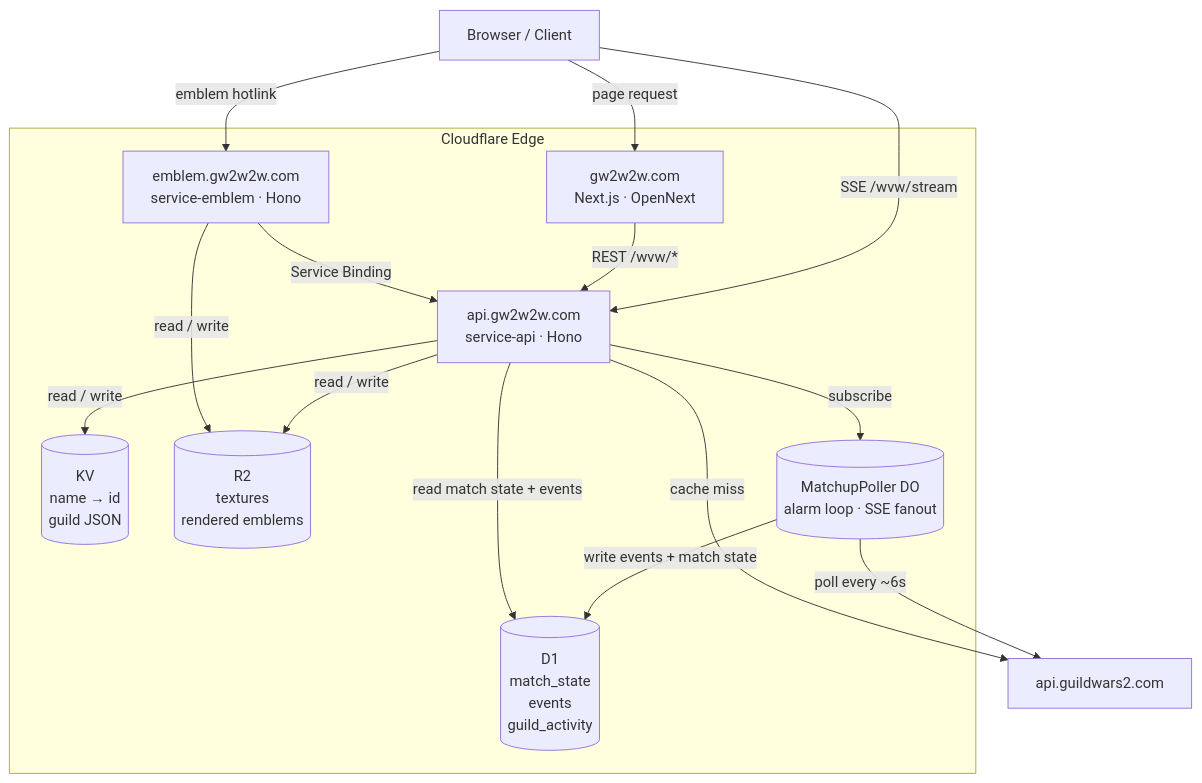
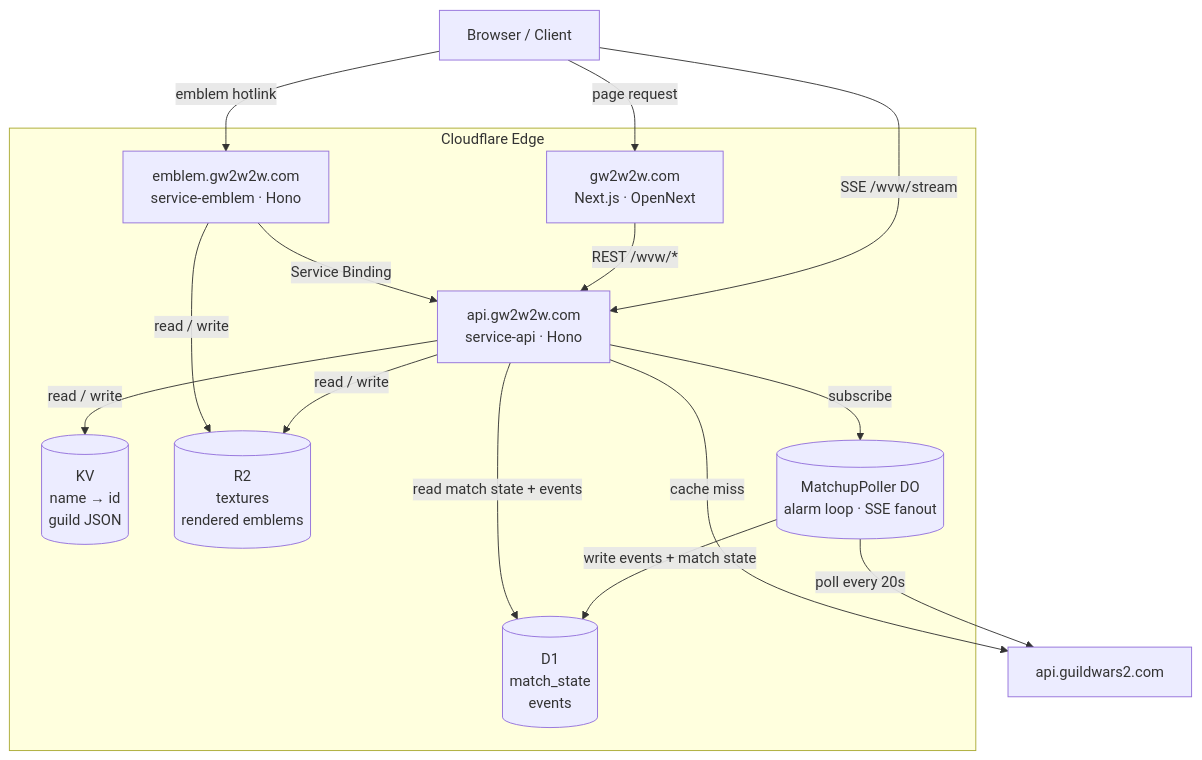
Before and after one commit to fooey/gw2w2w-cloudflare: the diagram in README.md, drawn with Mermaid. The commit also changed other lines of this file, not shown here.

````diff
--- a/README.md
+++ b/README.md
@@ -18,30 +17,30 @@
 ```mermaid
 graph TD
     User["Browser / Client"]
 
     subgraph CF["Cloudflare Edge"]
         GW2W2W["gw2w2w.com<br/>Next.js · OpenNext"]
         Emblem["emblem.gw2w2w.com<br/>service-emblem · Hono"]
         API["api.gw2w2w.com<br/>service-api · Hono"]
-        D1[("D1<br/>match_state<br/>events<br/>guild_activity")]
+        D1[("D1<br/>match_state<br/>events")]
         KV[("KV<br/>name → id<br/>guild JSON")]
         R2[("R2<br/>textures<br/>rendered emblems")]
         DO[("MatchupPoller DO<br/>alarm loop · SSE fanout")]
     end
 
     GW2API["api.guildwars2.com"]
 
     User -->|page request| GW2W2W
     User -->|emblem hotlink| Emblem
     User -->|SSE /wvw/stream| API
     GW2W2W -->|REST /wvw/*| API
     Emblem -->|Service Binding| API
     API -->|subscribe| DO
-    DO -->|poll every ~6s| GW2API
+    DO -->|poll every 20s| GW2API
     DO -->|write events + match state| D1
     API -->|read match state + events| D1
     API -->|read / write| KV
     API -->|read / write| R2
     Emblem -->|read / write| R2
     API -->|cache miss| GW2API
 ```
````
